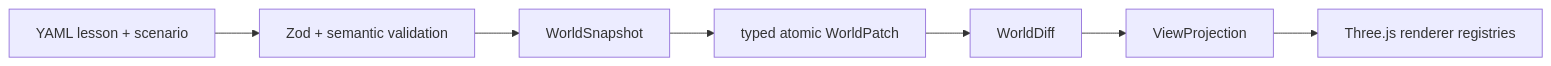
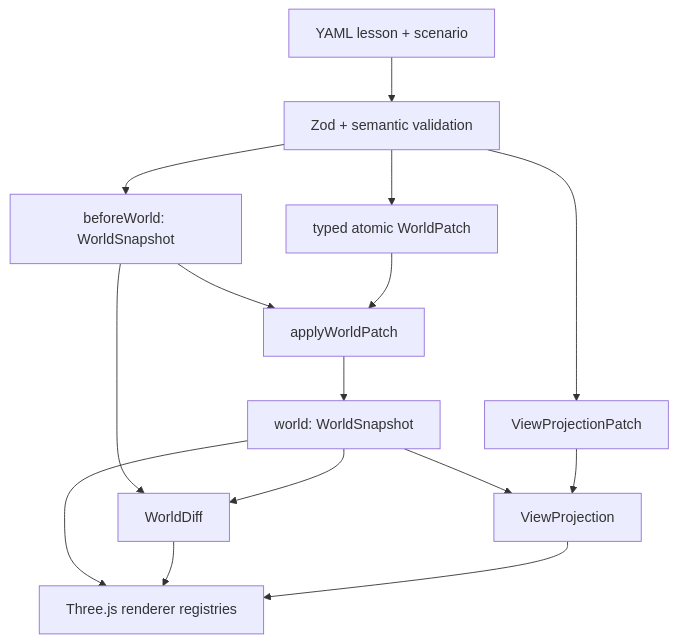
Before and after one commit to TANGBUDU/kubemotion-3d: the diagram in README.md, drawn with Mermaid. The commit also changed 2 other files, not shown here.

Commit message:
test: tighten renderer stress gate

````diff
--- a/README.md
+++ b/README.md
@@ -25,9 +25,17 @@
 ```mermaid
-flowchart LR
+flowchart TD
   YAML["YAML lesson + scenario"] --> Validate["Zod + semantic validation"]
-  Validate --> Snapshot["WorldSnapshot"]
-  Snapshot --> Patch["typed atomic WorldPatch"]
-  Patch --> Diff["WorldDiff"]
-  Diff --> Projection["ViewProjection"]
-  Projection --> Renderer["Three.js renderer registries"]
+  Validate --> Before["beforeWorld: WorldSnapshot"]
+  Validate --> Patch["typed atomic WorldPatch"]
+  Before --> Apply["applyWorldPatch"]
+  Patch --> Apply
+  Apply --> World["world: WorldSnapshot"]
+  Before --> Diff["WorldDiff"]
+  World --> Diff
+  Validate --> ViewPatch["ViewProjectionPatch"]
+  World --> Projection["ViewProjection"]
+  ViewPatch --> Projection
+  World --> Renderer["Three.js renderer registries"]
+  Diff --> Renderer
+  Projection --> Renderer
 ```
````
